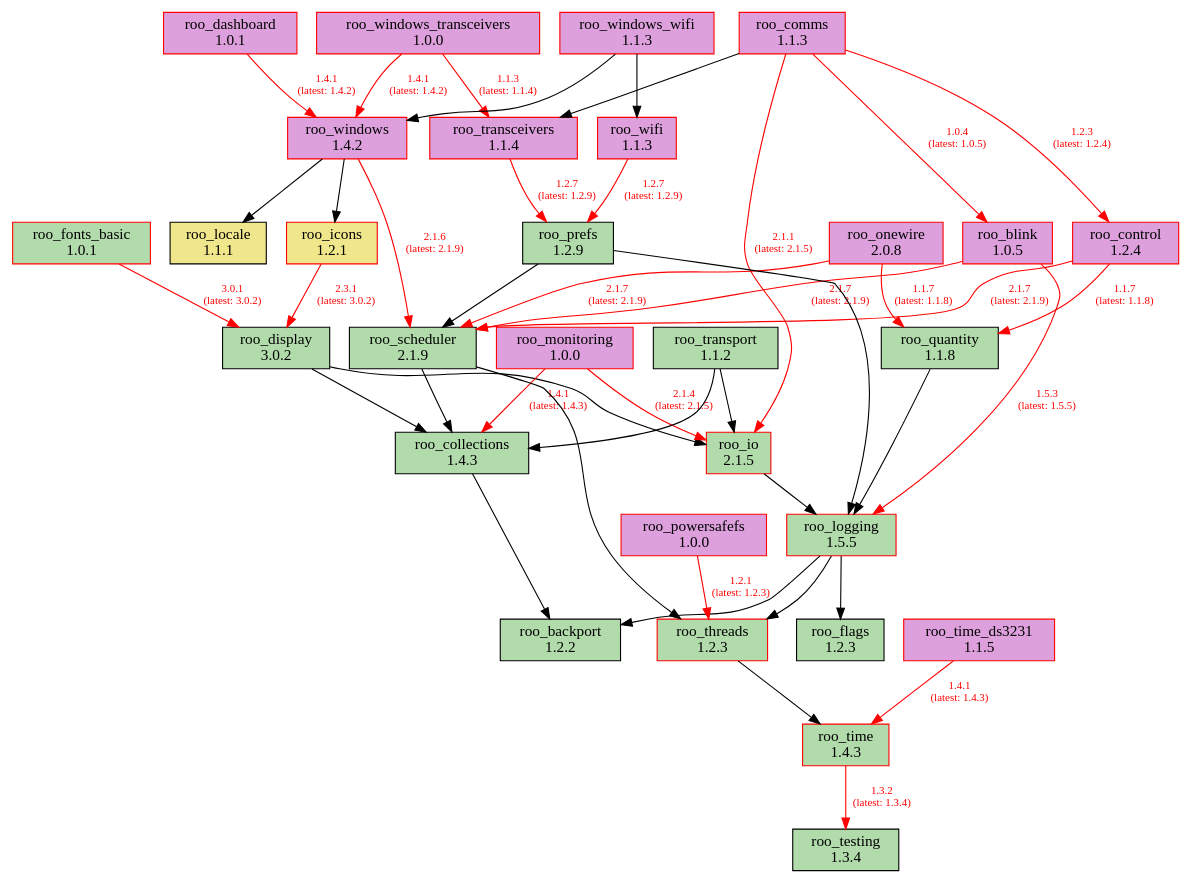
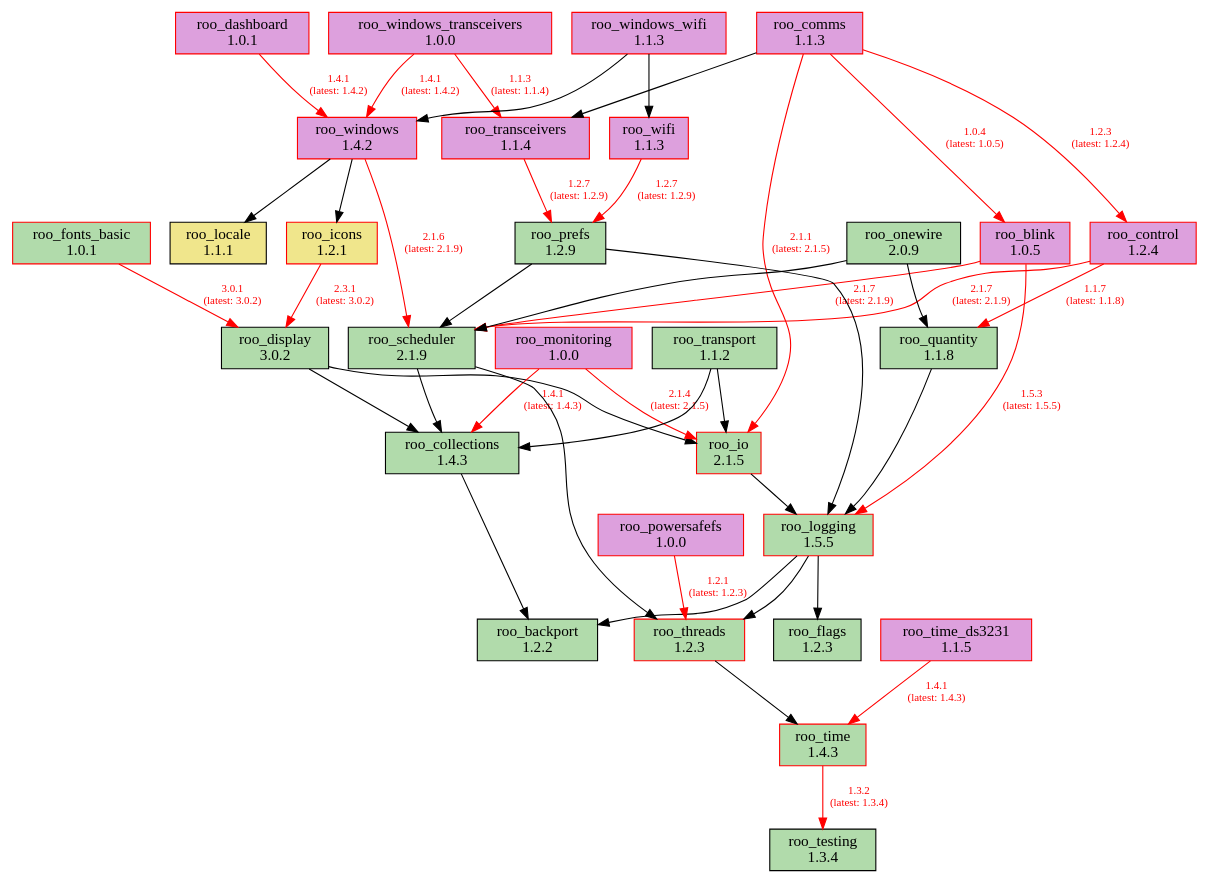
One commit to dejwk/roo-registry changed the diagram in doc/dependencies.dot. Above: the diagram before and after it, drawn with Graphviz. The commit also changed 3 other files, not shown here.

Commit message:
Added roo_onewire 2.0.9 to the registry.

```diff
--- a/doc/dependencies.dot
+++ b/doc/dependencies.dot
@@ -1,80 +1,80 @@
 digraph dependencies {
     rankdir=TB;
     node [shape=box, style=filled];
     edge [fontsize=10];
 
     // Modules
     "roo_backport" [label="roo_backport\n1.2.2", fillcolor="#b1dbab", color="black"];
     "roo_blink" [label="roo_blink\n1.0.5", fillcolor="plum", color="red"];
     "roo_collections" [label="roo_collections\n1.4.3", fillcolor="#b1dbab", color="black"];
     "roo_comms" [label="roo_comms\n1.1.3", fillcolor="plum", color="red"];
     "roo_control" [label="roo_control\n1.2.4", fillcolor="plum", color="red"];
     "roo_dashboard" [label="roo_dashboard\n1.0.1", fillcolor="plum", color="red"];
     "roo_display" [label="roo_display\n3.0.2", fillcolor="#b1dbab", color="black"];
     "roo_flags" [label="roo_flags\n1.2.3", fillcolor="#b1dbab", color="black"];
     "roo_fonts_basic" [label="roo_fonts_basic\n1.0.1", fillcolor="#b1dbab", color="red"];
     "roo_icons" [label="roo_icons\n1.2.1", fillcolor="khaki", color="red"];
     "roo_io" [label="roo_io\n2.1.5", fillcolor="#b1dbab", color="red"];
     "roo_locale" [label="roo_locale\n1.1.1", fillcolor="khaki", color="black"];
     "roo_logging" [label="roo_logging\n1.5.5", fillcolor="#b1dbab", color="red"];
     "roo_monitoring" [label="roo_monitoring\n1.0.0", fillcolor="plum", color="red"];
-    "roo_onewire" [label="roo_onewire\n2.0.8", fillcolor="plum", color="red"];
+    "roo_onewire" [label="roo_onewire\n2.0.9", fillcolor="#b1dbab", color="black"];
     "roo_powersafefs" [label="roo_powersafefs\n1.0.0", fillcolor="plum", color="red"];
     "roo_prefs" [label="roo_prefs\n1.2.9", fillcolor="#b1dbab", color="black"];
     "roo_quantity" [label="roo_quantity\n1.1.8", fillcolor="#b1dbab", color="black"];
     "roo_scheduler" [label="roo_scheduler\n2.1.9", fillcolor="#b1dbab", color="black"];
     "roo_testing" [label="roo_testing\n1.3.4", fillcolor="#b1dbab", color="black"];
     "roo_threads" [label="roo_threads\n1.2.3", fillcolor="#b1dbab", color="red"];
     "roo_time" [label="roo_time\n1.4.3", fillcolor="#b1dbab", color="red"];
     "roo_time_ds3231" [label="roo_time_ds3231\n1.1.5", fillcolor="plum", color="red"];
     "roo_transceivers" [label="roo_transceivers\n1.1.4", fillcolor="plum", color="red"];
     "roo_transport" [label="roo_transport\n1.1.2", fillcolor="#b1dbab", color="black"];
     "roo_wifi" [label="roo_wifi\n1.1.3", fillcolor="plum", color="red"];
     "roo_windows" [label="roo_windows\n1.4.2", fillcolor="plum", color="red"];
     "roo_windows_transceivers" [label="roo_windows_transceivers\n1.0.0", fillcolor="plum", color="red"];
     "roo_windows_wifi" [label="roo_windows_wifi\n1.1.3", fillcolor="plum", color="red"];
 
     // Dependencies
     "roo_blink" -> "roo_logging" [color=red, fontcolor=red, label="1.5.3\n(latest: 1.5.5)"];
     "roo_blink" -> "roo_scheduler" [color=red, fontcolor=red, label="2.1.7\n(latest: 2.1.9)"];
     "roo_collections" -> "roo_backport";
     "roo_comms" -> "roo_blink" [color=red, fontcolor=red, label="1.0.4\n(latest: 1.0.5)"];
     "roo_comms" -> "roo_control" [color=red, fontcolor=red, label="1.2.3\n(latest: 1.2.4)"];
     "roo_comms" -> "roo_io" [color=red, fontcolor=red, label="2.1.1\n(latest: 2.1.5)"];
     "roo_comms" -> "roo_transceivers";
     "roo_control" -> "roo_quantity" [color=red, fontcolor=red, label="1.1.7\n(latest: 1.1.8)"];
     "roo_control" -> "roo_scheduler" [color=red, fontcolor=red, label="2.1.7\n(latest: 2.1.9)"];
     "roo_dashboard" -> "roo_windows" [color=red, fontcolor=red, label="1.4.1\n(latest: 1.4.2)"];
     "roo_display" -> "roo_collections";
     "roo_display" -> "roo_io";
     "roo_fonts_basic" -> "roo_display" [color=red, fontcolor=red, label="3.0.1\n(latest: 3.0.2)"];
     "roo_icons" -> "roo_display" [color=red, fontcolor=red, label="2.3.1\n(latest: 3.0.2)"];
     "roo_io" -> "roo_logging";
     "roo_logging" -> "roo_backport";
     "roo_logging" -> "roo_flags";
     "roo_logging" -> "roo_threads";
     "roo_monitoring" -> "roo_collections" [color=red, fontcolor=red, label="1.4.1\n(latest: 1.4.3)"];
     "roo_monitoring" -> "roo_io" [color=red, fontcolor=red, label="2.1.4\n(latest: 2.1.5)"];
-    "roo_onewire" -> "roo_scheduler" [color=red, fontcolor=red, label="2.1.7\n(latest: 2.1.9)"];
-    "roo_onewire" -> "roo_quantity" [color=red, fontcolor=red, label="1.1.7\n(latest: 1.1.8)"];
+    "roo_onewire" -> "roo_scheduler";
+    "roo_onewire" -> "roo_quantity";
     "roo_powersafefs" -> "roo_threads" [color=red, fontcolor=red, label="1.2.1\n(latest: 1.2.3)"];
     "roo_prefs" -> "roo_logging";
     "roo_prefs" -> "roo_scheduler";
     "roo_quantity" -> "roo_logging";
     "roo_scheduler" -> "roo_collections";
     "roo_scheduler" -> "roo_threads";
     "roo_threads" -> "roo_time";
     "roo_time" -> "roo_testing" [color=red, fontcolor=red, label="1.3.2\n(latest: 1.3.4)"];
     "roo_time_ds3231" -> "roo_time" [color=red, fontcolor=red, label="1.4.1\n(latest: 1.4.3)"];
     "roo_transceivers" -> "roo_prefs" [color=red, fontcolor=red, label="1.2.7\n(latest: 1.2.9)"];
     "roo_transport" -> "roo_collections";
     "roo_transport" -> "roo_io";
     "roo_wifi" -> "roo_prefs" [color=red, fontcolor=red, label="1.2.7\n(latest: 1.2.9)"];
     "roo_windows" -> "roo_locale";
     "roo_windows" -> "roo_icons";
     "roo_windows" -> "roo_scheduler" [color=red, fontcolor=red, label="2.1.6\n(latest: 2.1.9)"];
     "roo_windows_transceivers" -> "roo_transceivers" [color=red, fontcolor=red, label="1.1.3\n(latest: 1.1.4)"];
     "roo_windows_transceivers" -> "roo_windows" [color=red, fontcolor=red, label="1.4.1\n(latest: 1.4.2)"];
     "roo_windows_wifi" -> "roo_wifi";
     "roo_windows_wifi" -> "roo_windows";
 }
```
